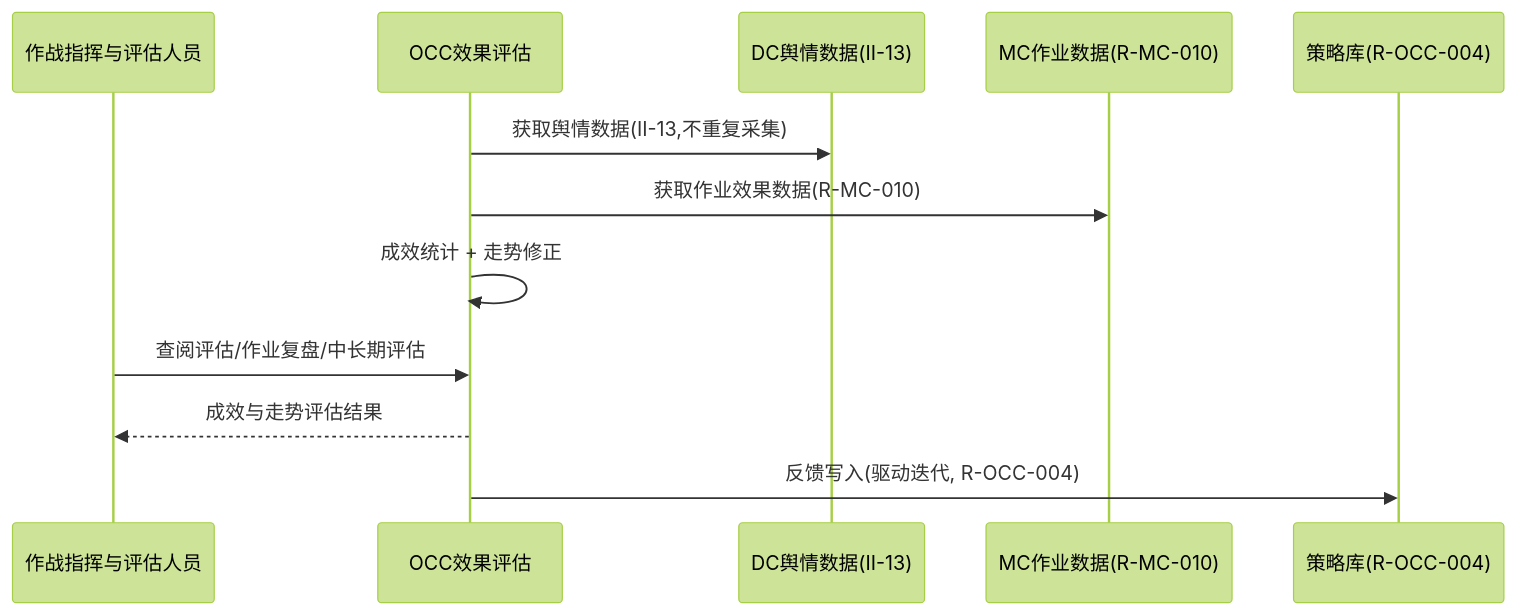
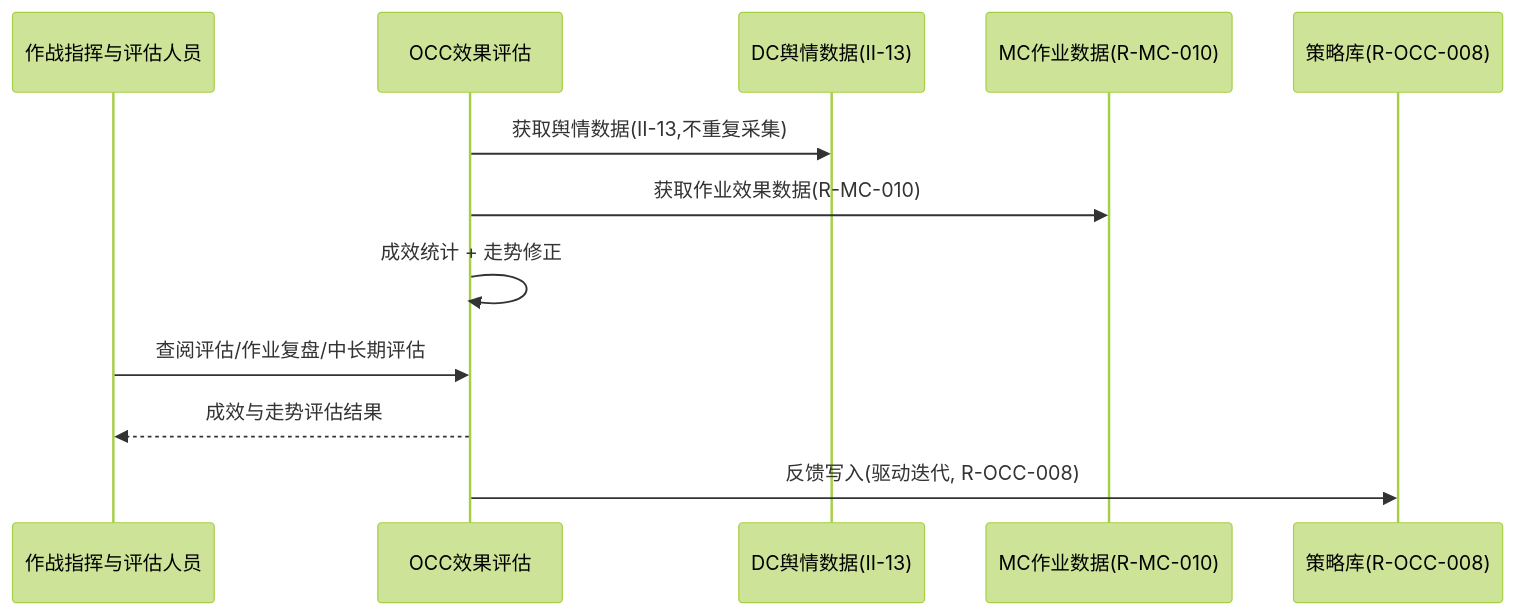
Before and after one commit to Sj-g/obsidian: diagram 46 of 50 in 公司项目/认知作战/文档/软件需求规格说明.md, drawn with Mermaid (forest theme). The commit also changed other lines of this file and 3 other files, not shown here.

````diff
--- a/公司项目/认知作战/文档/软件需求规格说明.md
+++ b/公司项目/认知作战/文档/软件需求规格说明.md
@@ -3326,14 +3326,14 @@
 ```mermaid
 sequenceDiagram
   participant 评估 as 作战指挥与评估人员
   participant OCC as OCC效果评估
   participant DC as DC舆情数据(II-13)
   participant MC as MC作业数据(R-MC-010)
-  participant 策略库 as 策略库(R-OCC-004)
+  participant 策略库 as 策略库(R-OCC-008)
   OCC->>DC: 获取舆情数据(II-13,不重复采集)
   OCC->>MC: 获取作业效果数据(R-MC-010)
   OCC->>OCC: 成效统计 + 走势修正
   评估->>OCC: 查阅评估/作业复盘/中长期评估
   OCC-->>评估: 成效与走势评估结果
-  OCC->>策略库: 反馈写入(驱动迭代, R-OCC-004)
+  OCC->>策略库: 反馈写入(驱动迭代, R-OCC-008)
 ```
````
